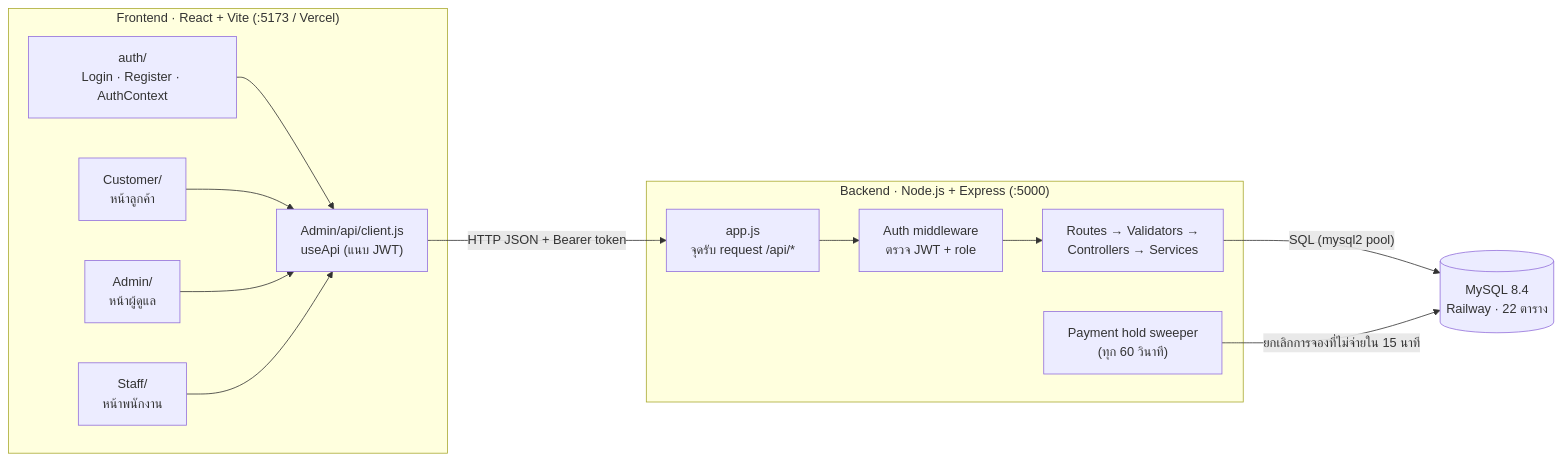
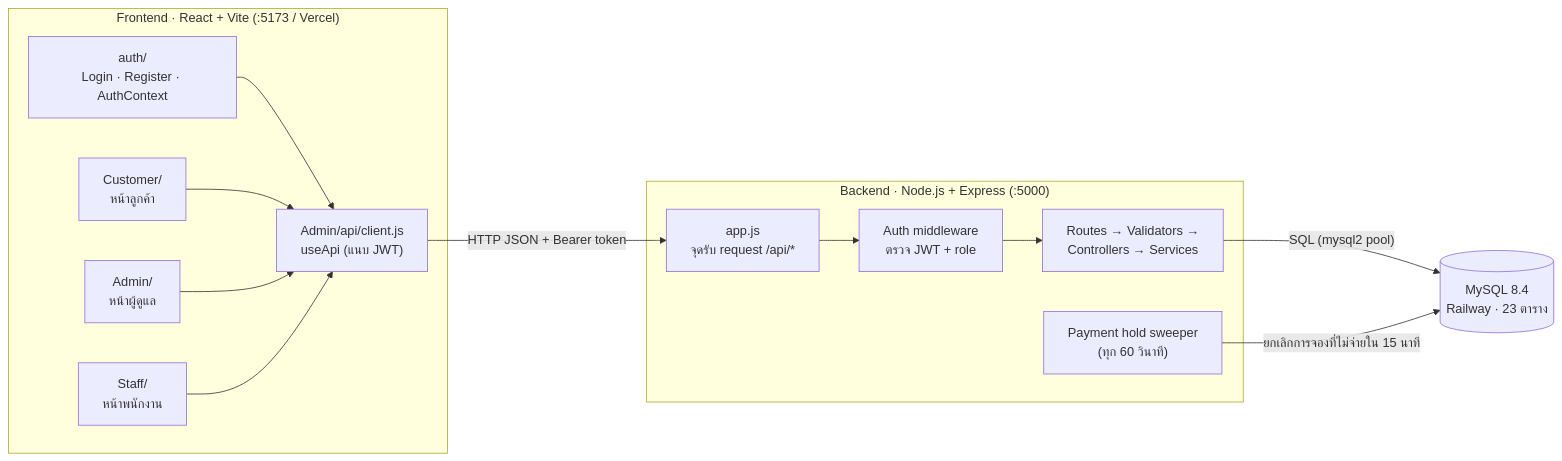
The first of 3 diagrams in README.md (chetakit/Car-care), drawn with Mermaid before and after one commit. The commit also changed other lines of this file and 25 other files, not shown here.

````diff
--- a/README.md
+++ b/README.md
@@ -31,19 +31,19 @@
 ```mermaid
 flowchart LR
   subgraph FE["Frontend · React + Vite (:5173 / Vercel)"]
     AUTH["auth/<br/>Login · Register · AuthContext"]
     CUS["Customer/<br/>หน้าลูกค้า"]
     ADM["Admin/<br/>หน้าผู้ดูแล"]
     STF["Staff/<br/>หน้าพนักงาน"]
     CLI["Admin/api/client.js<br/>useApi (แนบ JWT)"]
   end
   subgraph BE["Backend · Node.js + Express (:5000)"]
     APP["app.js<br/>จุดรับ request /api/*"]
     MW["Auth middleware<br/>ตรวจ JWT + role"]
     MOD["Routes → Validators →<br/>Controllers → Services"]
     SWP["Payment hold sweeper<br/>(ทุก 60 วินาที)"]
   end
-  DB[("MySQL 8.4<br/>Railway · 22 ตาราง")]
+  DB[("MySQL 8.4<br/>Railway · 23 ตาราง")]
   AUTH & CUS & ADM & STF --> CLI -->|"HTTP JSON + Bearer token"| APP --> MW --> MOD -->|"SQL (mysql2 pool)"| DB
   SWP -->|"ยกเลิกการจองที่ไม่จ่ายใน 15 นาที"| DB
 ```
````
